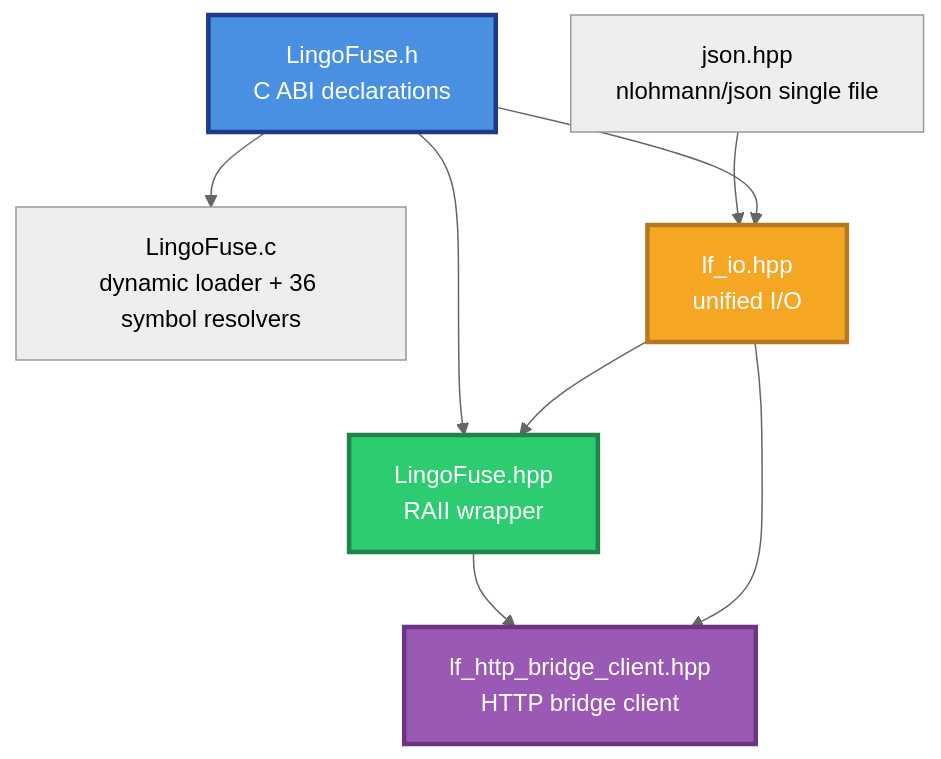
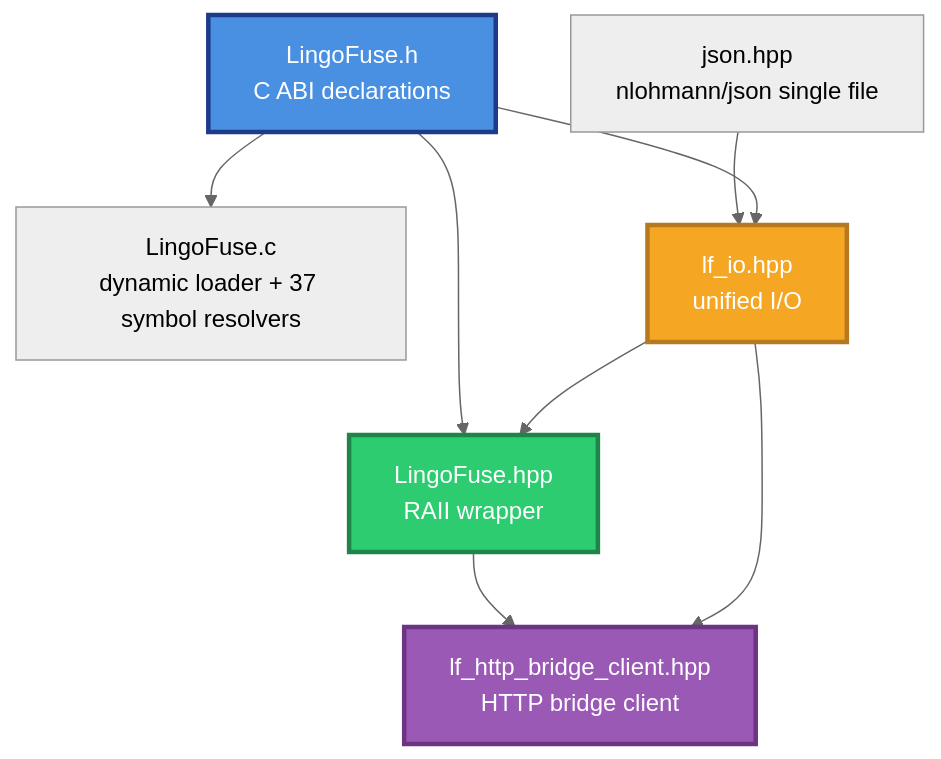
The first of 26 diagrams in cpp/LingoFuse_Cpp_Knowledge_Base.md (PassByYou888/LingoFuse), drawn with Mermaid (neutral theme) before and after one commit. The commit also changed other lines of this file and 111 other files, not shown here.

````diff
--- a/cpp/LingoFuse_Cpp_Knowledge_Base.md
+++ b/cpp/LingoFuse_Cpp_Knowledge_Base.md
@@ -55,22 +62,22 @@
 ```mermaid
 flowchart TB
     JSON["json.hpp<br/>nlohmann/json single file"]
     H["LingoFuse.h<br/>C ABI declarations"]
-    C["LingoFuse.c<br/>dynamic loader + 36 symbol resolvers"]
+    C["LingoFuse.c<br/>dynamic loader + 37 symbol resolvers"]
     IO["lf_io.hpp<br/>unified I/O"]
     HPP["LingoFuse.hpp<br/>RAII wrapper"]
     BRIDGE["lf_http_bridge_client.hpp<br/>HTTP bridge client"]
 
     JSON --> IO
     H --> IO
     H --> HPP
     IO --> HPP
     H --> C
     HPP --> BRIDGE
     IO --> BRIDGE
 
     style H fill:#4A90E2,stroke:#1E3A8A,stroke-width:3px,color:#FFFFFF
     style IO fill:#F5A623,stroke:#B7791F,stroke-width:3px,color:#FFFFFF
     style HPP fill:#2ECC71,stroke:#1E8449,stroke-width:3px,color:#FFFFFF
     style BRIDGE fill:#9B59B6,stroke:#6C3483,stroke-width:3px,color:#FFFFFF
 ```
````
